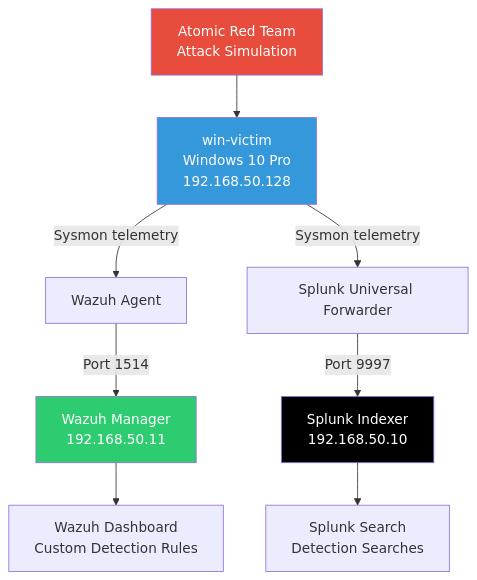
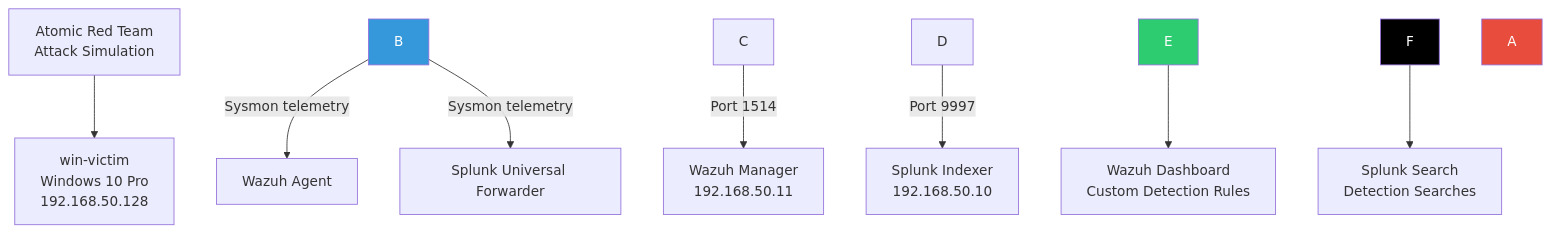
One commit to akashreddygaddam/endpoint-threat-detection changed the diagram in README.md. Above: the diagram before and after it, drawn with Mermaid. The commit also changed other lines of this file, not shown here.

````diff
--- a/README.md
+++ b/README.md
@@ -32,15 +30,15 @@
 ```mermaid
 flowchart TD
-    A[Atomic Red Team<br/>Attack Simulation] --> B[win-victim<br/>Windows 10 Pro<br/>192.168.50.128]
-    B -->|Sysmon telemetry| C[Wazuh Agent]
-    B -->|Sysmon telemetry| D[Splunk Universal Forwarder]
-    C -->|Port 1514| E[Wazuh Manager<br/>192.168.50.11]
-    D -->|Port 9997| F[Splunk Indexer<br/>192.168.50.10]
-    E --> G[Wazuh Dashboard<br/>Custom Detection Rules]
-    F --> H[Splunk Search<br/>Detection Searches]
+    A\\\[Atomic Red Team<br/>Attack Simulation] --> B\\\[win-victim<br/>Windows 10 Pro<br/>192.168.50.128]
+    B -->|Sysmon telemetry| C\\\[Wazuh Agent]
+    B -->|Sysmon telemetry| D\\\[Splunk Universal Forwarder]
+    C -->|Port 1514| E\\\[Wazuh Manager<br/>192.168.50.11]
+    D -->|Port 9997| F\\\[Splunk Indexer<br/>192.168.50.10]
+    E --> G\\\[Wazuh Dashboard<br/>Custom Detection Rules]
+    F --> H\\\[Splunk Search<br/>Detection Searches]
 
     style A fill:#e74c3c,color:#fff
     style B fill:#3498db,color:#fff
     style E fill:#2ecc71,color:#fff
     style F fill:#000,color:#fff
 ```
````
